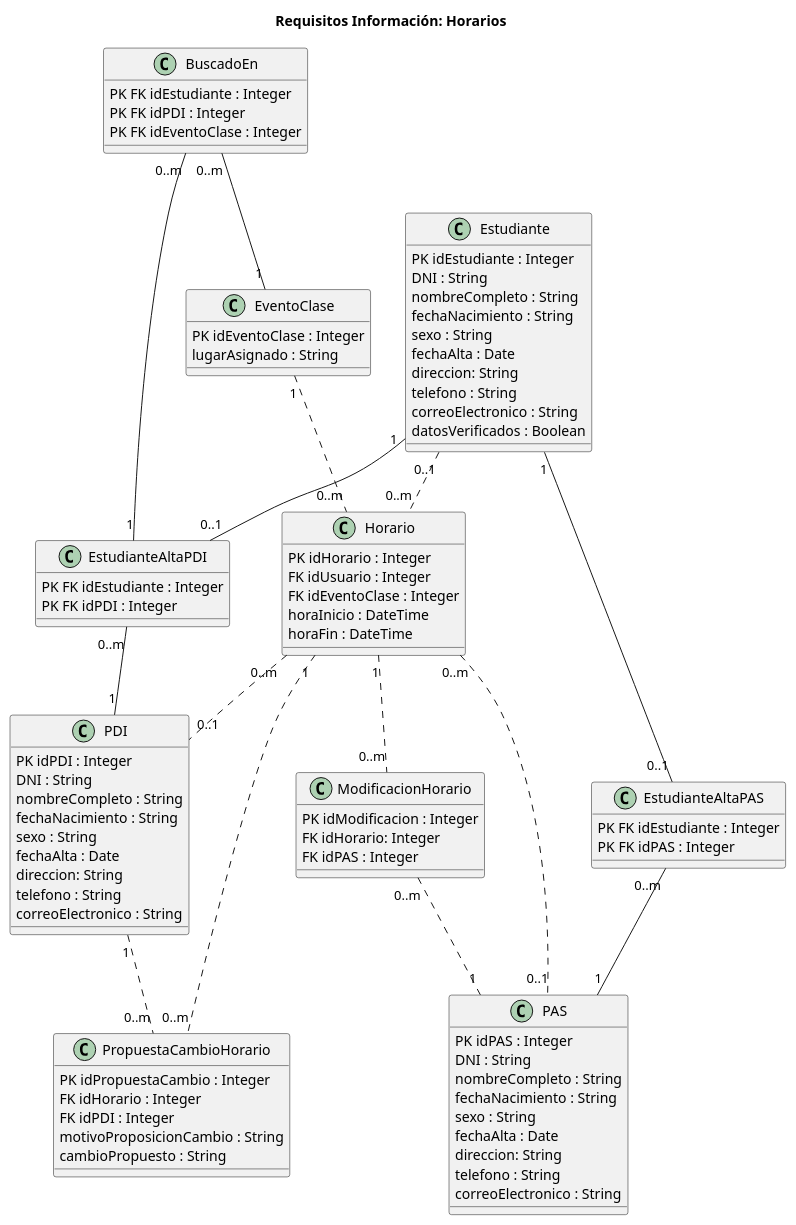
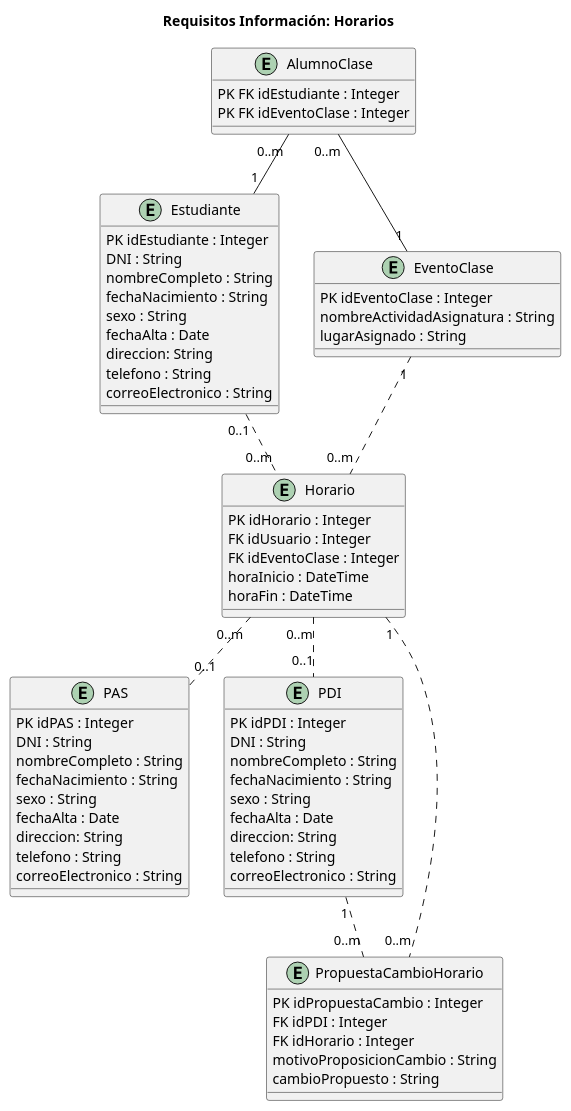
The diagram in LAB1/IRs_horarios.puml (emg842/INRE-UAL-ROJO-2022), drawn with PlantUML before and after one commit. The commit also changed 2 other files, not shown here.

```diff
--- a/LAB1/IRs_horarios.puml
+++ b/LAB1/IRs_horarios.puml
@@ -1,99 +1,76 @@
 @startuml IRs_horarios
 title Requisitos Información: Horarios
 
-Class BuscadoEn {
+Entity AlumnoClase {
     PK FK idEstudiante : Integer
-    PK FK idPDI : Integer
     PK FK idEventoClase : Integer
 }
 
-Class Estudiante {
+Entity Estudiante {
     PK idEstudiante : Integer
     DNI : String
     nombreCompleto : String
     fechaNacimiento : String
     sexo : String
     fechaAlta : Date
     direccion: String
     telefono : String
     correoElectronico : String
-    datosVerificados : Boolean
 }
 
-Class EstudianteAltaPAS {
-    PK FK idEstudiante : Integer
-    PK FK idPAS : Integer
-}
-
-Class EstudianteAltaPDI {
-    PK FK idEstudiante : Integer
-    PK FK idPDI : Integer
-}
-
-Class EventoClase {
+Entity EventoClase {
     PK idEventoClase : Integer
+    nombreActividadAsignatura : String
     lugarAsignado : String
 }
 
-Class Horario {
+Entity Horario {
     PK idHorario : Integer
     FK idUsuario : Integer
     FK idEventoClase : Integer
     horaInicio : DateTime
     horaFin : DateTime
 }
 
-Class ModificacionHorario {
-    PK idModificacion : Integer
-    FK idHorario: Integer
-    FK idPAS : Integer
-}
-
-Class PAS {
+Entity PAS {
     PK idPAS : Integer
     DNI : String
     nombreCompleto : String
     fechaNacimiento : String
     sexo : String
     fechaAlta : Date
     direccion: String
     telefono : String
     correoElectronico : String
 }
 
-Class PDI {
+Entity PDI {
     PK idPDI : Integer
     DNI : String
     nombreCompleto : String
     fechaNacimiento : String
     sexo : String
     fechaAlta : Date
     direccion: String
     telefono : String
     correoElectronico : String
 }
 
-Class PropuestaCambioHorario {
+Entity PropuestaCambioHorario {
     PK idPropuestaCambio : Integer
+    FK idPDI : Integer
     FK idHorario : Integer
-    FK idPDI : Integer
     motivoProposicionCambio : String
     cambioPropuesto : String
 }
 
-BuscadoEn "0..m" -- "1" EstudianteAltaPDI
-BuscadoEn "0..m" -- "1" EventoClase
-Estudiante "1" -- "0..1" EstudianteAltaPAS
-Estudiante "1" -- "0..1" EstudianteAltaPDI
+AlumnoClase "0..m" -- "1" Estudiante
+AlumnoClase "0..m" -- "1" EventoClase
 Estudiante "0..1" .. "0..m" Horario
-EstudianteAltaPAS "0..m" -- "1" PAS
-EstudianteAltaPDI "0..m" -- "1" PDI
 EventoClase "1" .. "0..m" Horario
-Horario "1" .. "0..m" ModificacionHorario
 Horario "0..m" .. "0..1" PAS
 Horario "0..m" .. "0..1" PDI
 Horario "1" .. "0..m" PropuestaCambioHorario
-ModificacionHorario "0..m" .. "1" PAS
 PDI "1" .. "0..m" PropuestaCambioHorario
 
 @enduml
```
